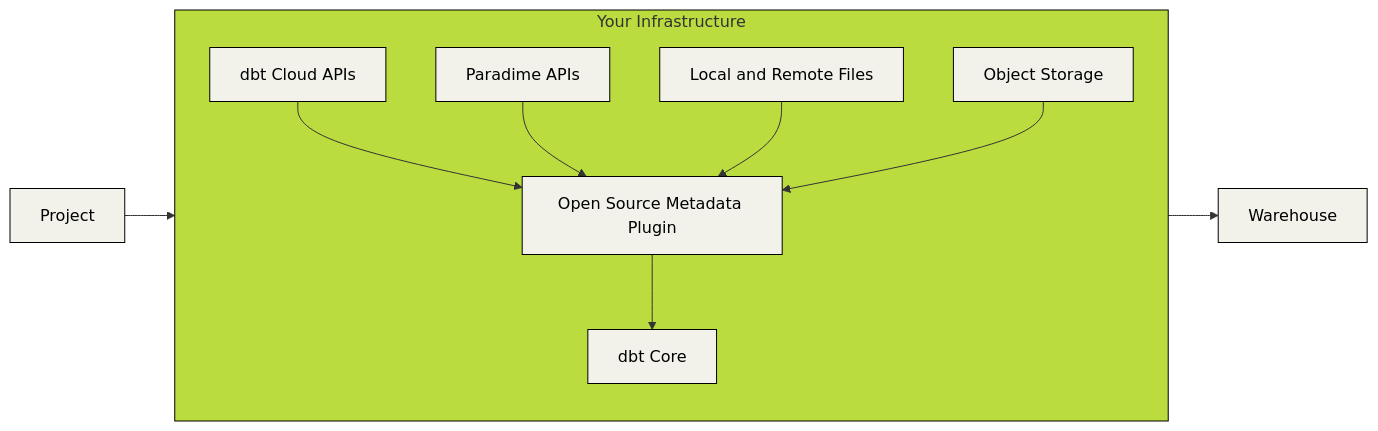
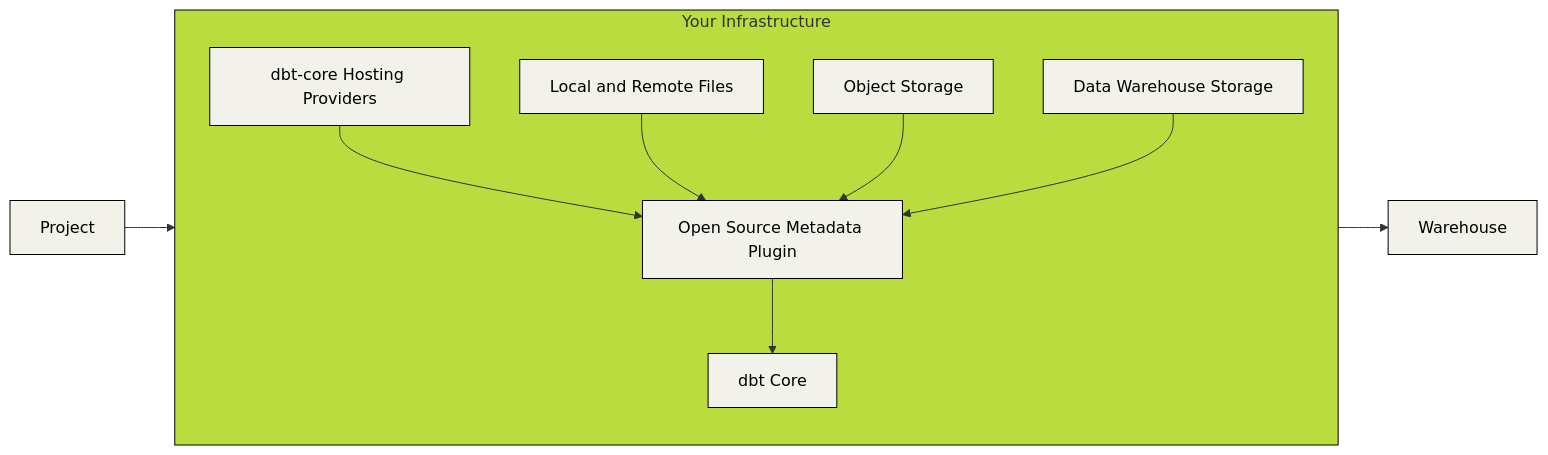
One commit to nicholasyager/dbt-loom changed the diagram in README.md. Above: the diagram before and after it, drawn with Mermaid. The commit also changed other lines of this file and 1 other file, not shown here.

Commit message:
doc: Update source buckets in diagrams and lists

````diff
--- a/README.md
+++ b/README.md
@@ -7,28 +7,28 @@
 ```mermaid
 flowchart LR
 
     classDef black fill:#f2f2ebff, stroke:#000, color:#000
     classDef background fill:#f2f2ebff, stroke:#000, color:#000
     classDef hidden fill:#BADC3F, stroke:#BADC3F, color:#BADC3F
 
    style TOP fill:#BADC3F, stroke:#000
 
   subgraph TOP[Your Infrastructure]
     direction TB
     dbt_runtime[dbt Core]:::background
     proprietary_plugin[Open Source Metadata Plugin]:::background
 
     files[Local and Remote Files]:::background
     object_storage[Object Storage]:::background
-    discovery_api[dbt Cloud APIs]:::background
-    paradime_api[Paradime APIs]:::background
+    data_warehouse_storage[Data Warehouse Storage]:::background
+    discovery_api[dbt-core Hosting Providers]:::background
 
     discovery_api --> proprietary_plugin
-    paradime_api --> proprietary_plugin
     files --> proprietary_plugin
     object_storage --> proprietary_plugin
+    data_warehouse_storage --> proprietary_plugin
     proprietary_plugin --> dbt_runtime
   end
 
   Project:::black --> TOP --> Warehouse:::black
 ```
````
